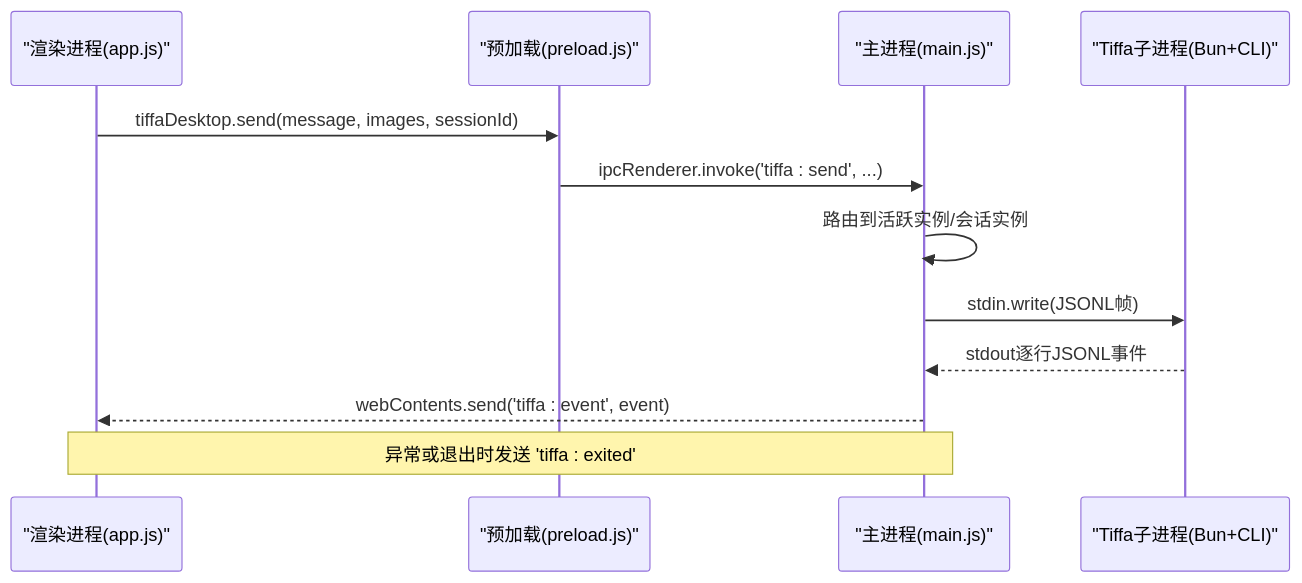
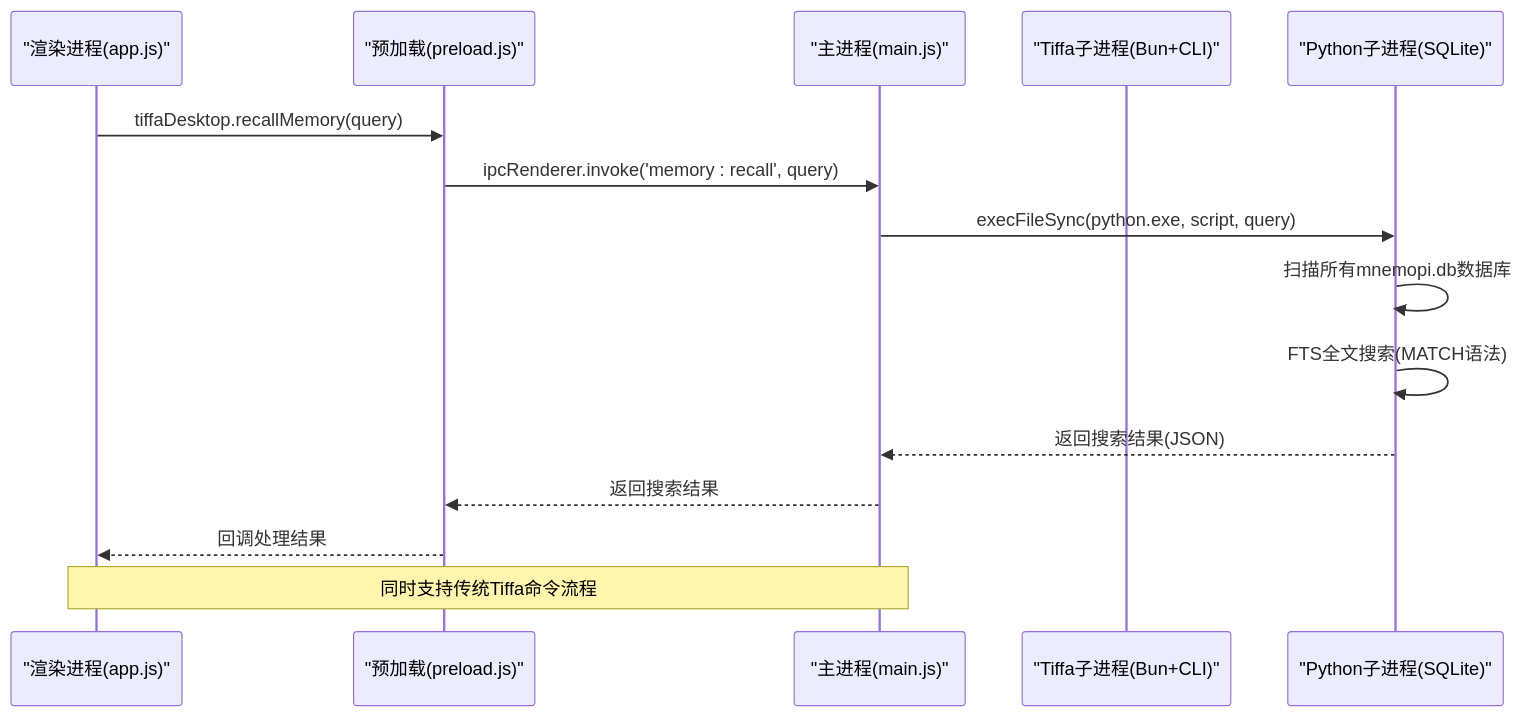
The second of 8 diagrams in .qoder/repowiki/zh/content/核心架构/IPC通信机制.md (swond-Mao/Tiffa), drawn with Mermaid before and after one commit. The commit also changed other lines of this file and 359 other files, not shown here.

````diff
--- a/.qoder/repowiki/zh/content/核心架构/IPC通信机制.md
+++ b/.qoder/repowiki/zh/content/核心架构/IPC通信机制.md
@@ -73,14 +99,17 @@
 ```mermaid
 sequenceDiagram
 participant UI as "渲染进程(app.js)"
 participant Bridge as "预加载(preload.js)"
 participant Main as "主进程(main.js)"
 participant Sub as "Tiffa子进程(Bun+CLI)"
-UI->>Bridge : tiffaDesktop.send(message, images, sessionId)
-Bridge->>Main : ipcRenderer.invoke('tiffa : send', ...)
-Main->>Main : 路由到活跃实例/会话实例
-Main->>Sub : stdin.write(JSONL帧)
-Sub-->>Main : stdout逐行JSONL事件
-Main-->>UI : webContents.send('tiffa : event', event)
-Note over Main,UI : 异常或退出时发送 'tiffa : exited'
+participant Py as "Python子进程(SQLite)"
+UI->>Bridge : tiffaDesktop.recallMemory(query)
+Bridge->>Main : ipcRenderer.invoke('memory : recall', query)
+Main->>Py : execFileSync(python.exe, script, query)
+Py->>Py : 扫描所有mnemopi.db数据库
+Py->>Py : FTS全文搜索(MATCH语法)
+Py-->>Main : 返回搜索结果(JSON)
+Main-->>Bridge : 返回搜索结果
+Bridge-->>UI : 回调处理结果
+Note over Main,UI : 同时支持传统Tiffa命令流程
 ```
````
